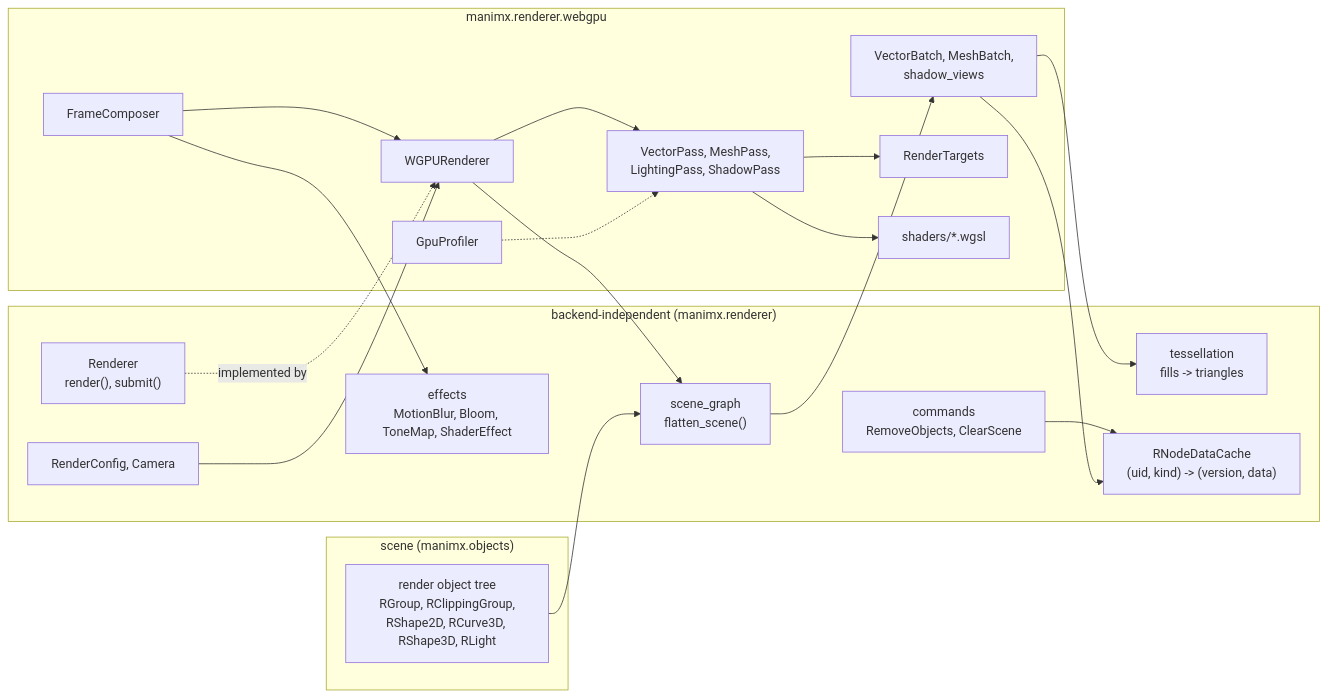
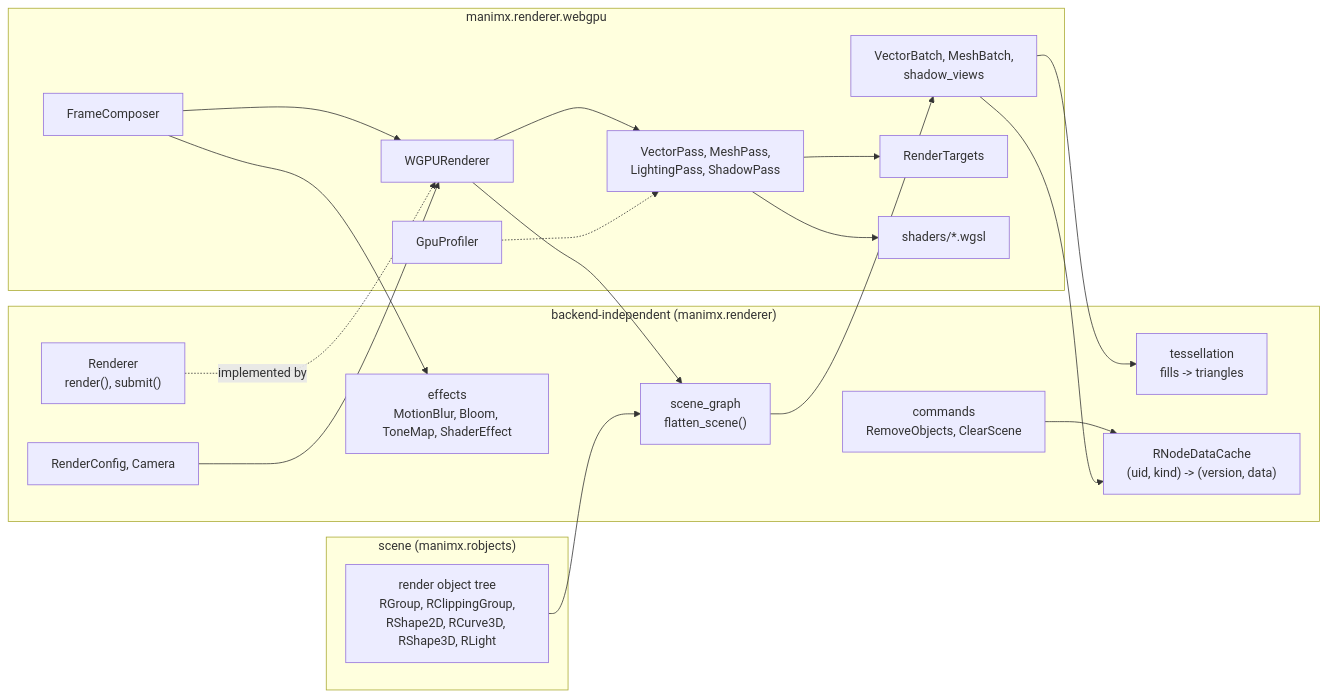
One commit to MrDiver/manim changed the first of 6 diagrams in manimx/manimx/renderer/README.md. Above: the diagram before and after it, drawn with Mermaid. The commit also changed 64 other files, not shown here.

First line of the commit message:
manimx: rename the render tree package to manimx.robjects

````diff
--- a/manimx/manimx/renderer/README.md
+++ b/manimx/manimx/renderer/README.md
@@ -158,39 +158,39 @@
 ```mermaid
 flowchart LR
-    subgraph Scene["scene (manimx.objects)"]
+    subgraph Scene["scene (manimx.robjects)"]
         Tree["render object tree<br/>RGroup, RClippingGroup,<br/>RShape2D, RCurve3D, RShape3D, RLight"]
     end
 
     subgraph Backend["backend-independent (manimx.renderer)"]
         Interface["Renderer<br/>render(), submit()"]
         Graph["scene_graph<br/>flatten_scene()"]
         Tess["tessellation<br/>fills -> triangles"]
         Cache["RNodeDataCache<br/>(uid, kind) -> (version, data)"]
         Commands["commands<br/>RemoveObjects, ClearScene"]
         Config["RenderConfig, Camera"]
         Effects["effects<br/>MotionBlur, Bloom, ToneMap, ShaderEffect"]
     end
 
     subgraph WebGPU["manimx.renderer.webgpu"]
         Renderer["WGPURenderer"]
         Composer["FrameComposer"]
         Batches["VectorBatch, MeshBatch,<br/>shadow_views"]
         Passes["VectorPass, MeshPass,<br/>LightingPass, ShadowPass"]
         Targets["RenderTargets"]
         Profiler["GpuProfiler"]
         Shaders["shaders/*.wgsl"]
     end
 
     Tree --> Graph
     Interface -. implemented by .-> Renderer
     Commands --> Cache
     Renderer --> Graph --> Batches
     Batches --> Tess
     Batches --> Cache
     Renderer --> Passes --> Shaders
     Passes --> Targets
     Composer --> Renderer
     Composer --> Effects
     Config --> Renderer
     Profiler -.-> Passes
 ```
````
